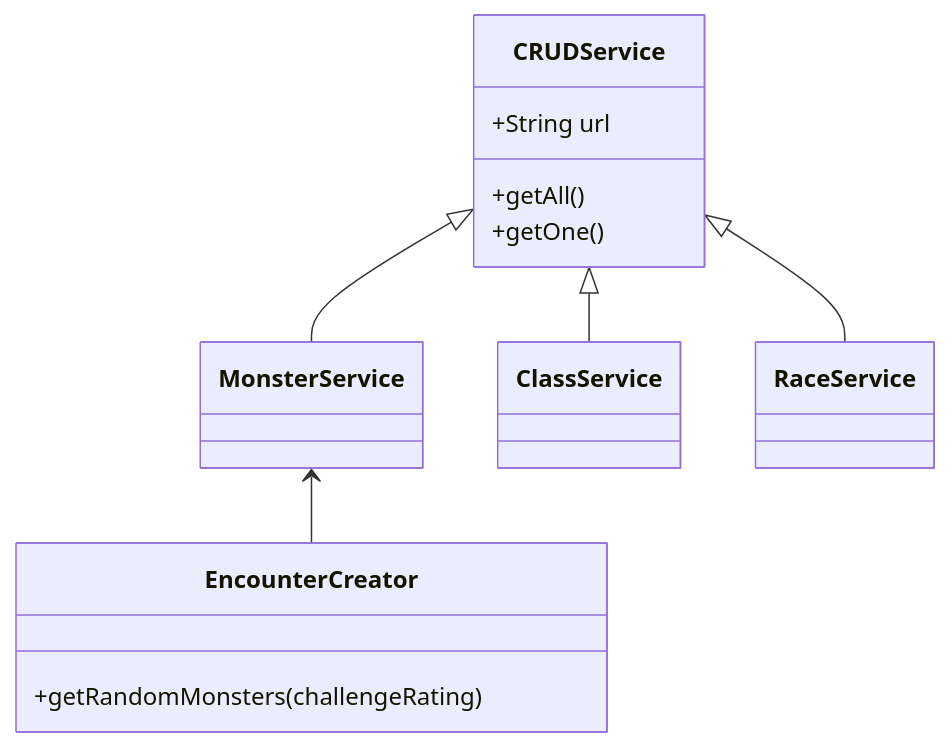
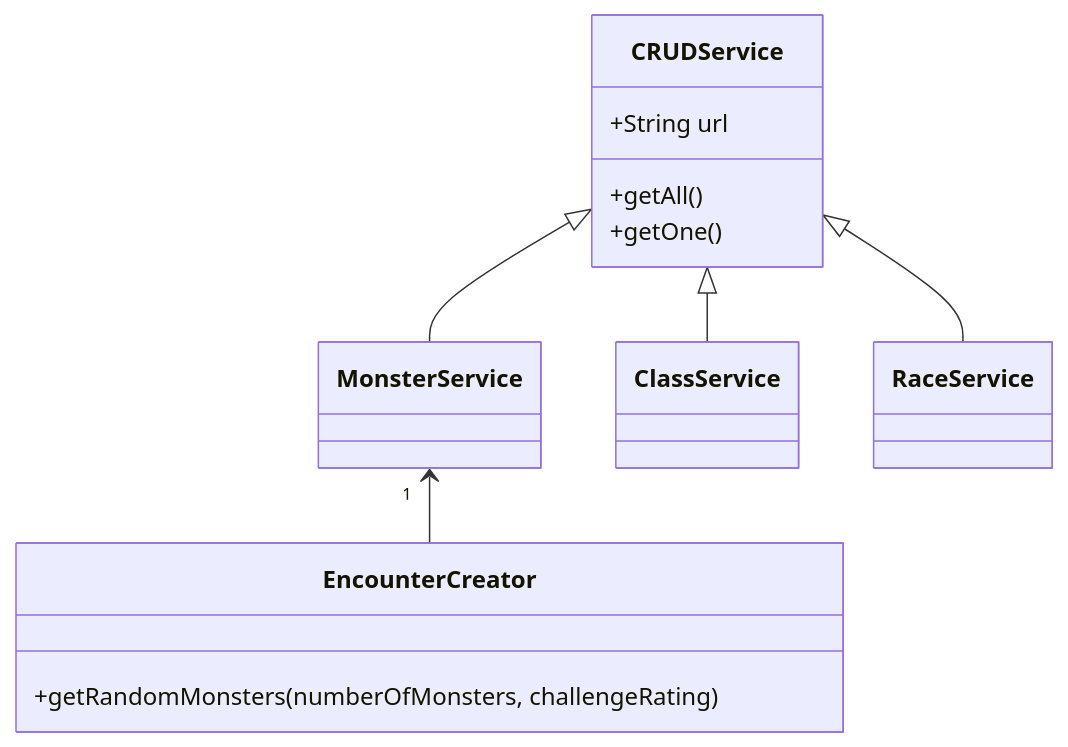
The diagram in ClassDiagram.md (wachtelhund/1dv61-_lab2), drawn with Mermaid before and after one commit. The commit also changed 7 other files, not shown here.

````diff
--- a/ClassDiagram.md
+++ b/ClassDiagram.md
@@ -1,20 +1,20 @@
 ```mermaid
     classDiagram
         CRUDService <|-- MonsterService
         CRUDService <|-- ClassService
         CRUDService <|-- RaceService
 
-        MonsterService<--EncounterCreator
+        MonsterService"1"<--EncounterCreator
 
 
         class CRUDService{
             +String url
             +getAll()
             +getOne()
         }
 
         class EncounterCreator{
-            +getRandomMonsters(challengeRating)
+            +getRandomMonsters(numberOfMonsters, challengeRating)
         }
 
 ```
````
